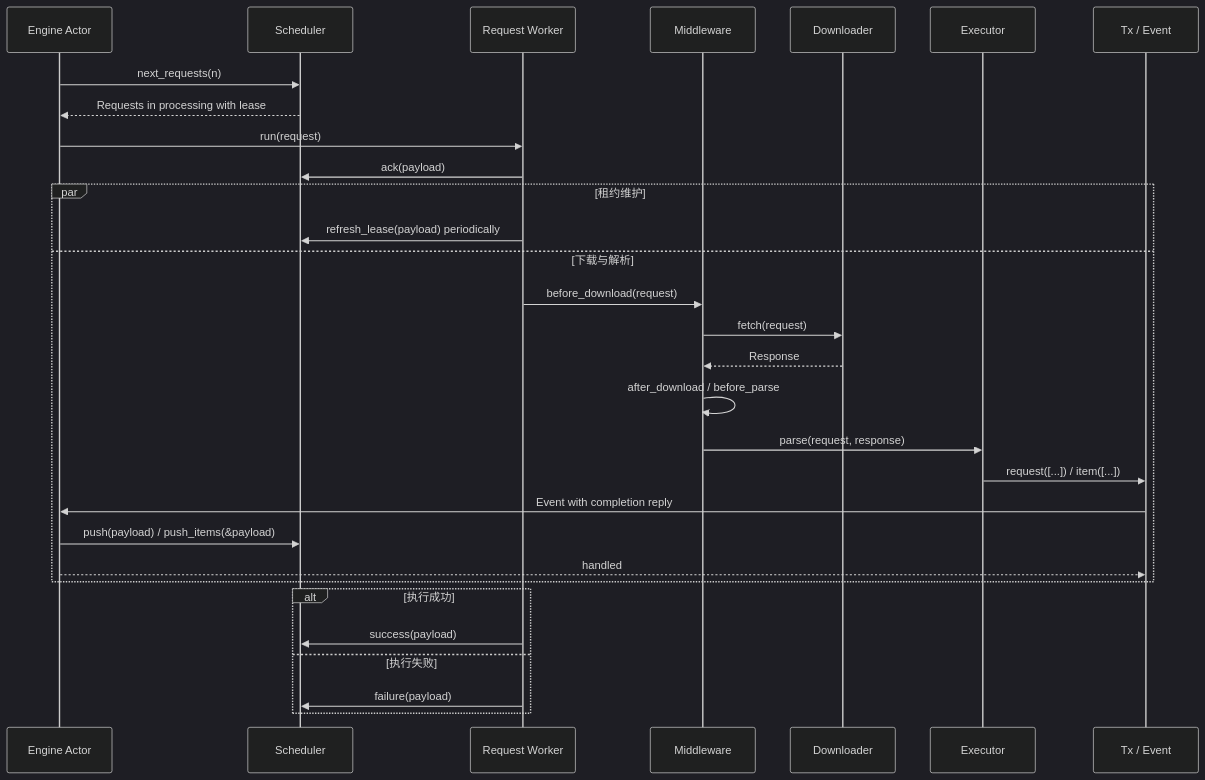
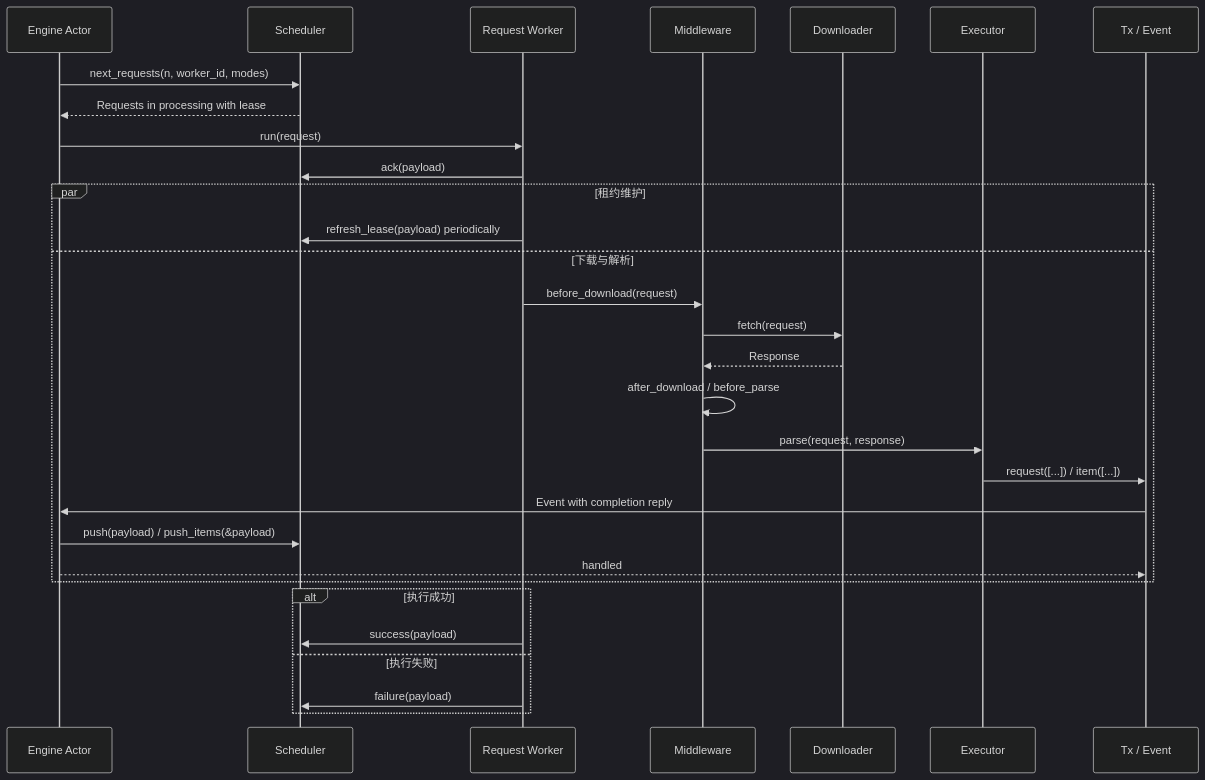
The fifth of 5 diagrams in docs/architecture.zh-CN.md (halo-space/crawler), drawn with Mermaid (dark theme) before and after one commit. The commit also changed other lines of this file and 60 other files, not shown here.

````diff
--- a/docs/architecture.zh-CN.md
+++ b/docs/architecture.zh-CN.md
@@ -284,33 +288,33 @@
 ```mermaid
 sequenceDiagram
     participant A as Engine Actor
     participant S as Scheduler
     participant W as Request Worker
     participant M as Middleware
     participant D as Downloader
     participant E as Executor
     participant T as Tx / Event
 
-    A->>S: next_requests(n)
+    A->>S: next_requests(n, worker_id, modes)
     S-->>A: Requests in processing with lease
     A->>W: run(request)
     W->>S: ack(payload)
     par 租约维护
         W->>S: refresh_lease(payload) periodically
     and 下载与解析
         W->>M: before_download(request)
         M->>D: fetch(request)
         D-->>M: Response
         M->>M: after_download / before_parse
         M->>E: parse(request, response)
         E->>T: request([...]) / item([...])
         T->>A: Event with completion reply
         A->>S: push(payload) / push_items(&payload)
         A-->>T: handled
     end
     alt 执行成功
         W->>S: success(payload)
     else 执行失败
         W->>S: failure(payload)
     end
 ```
````
